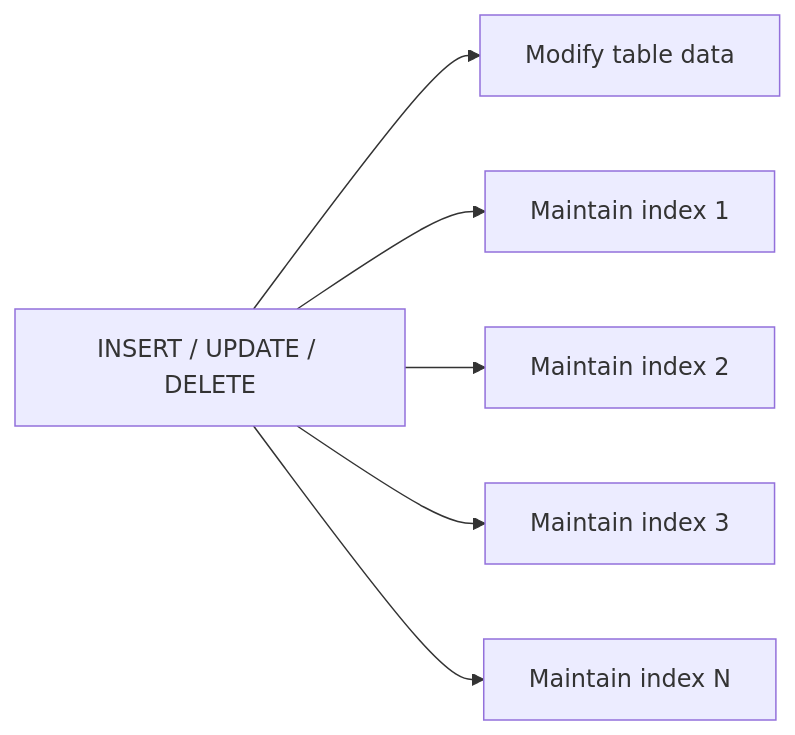
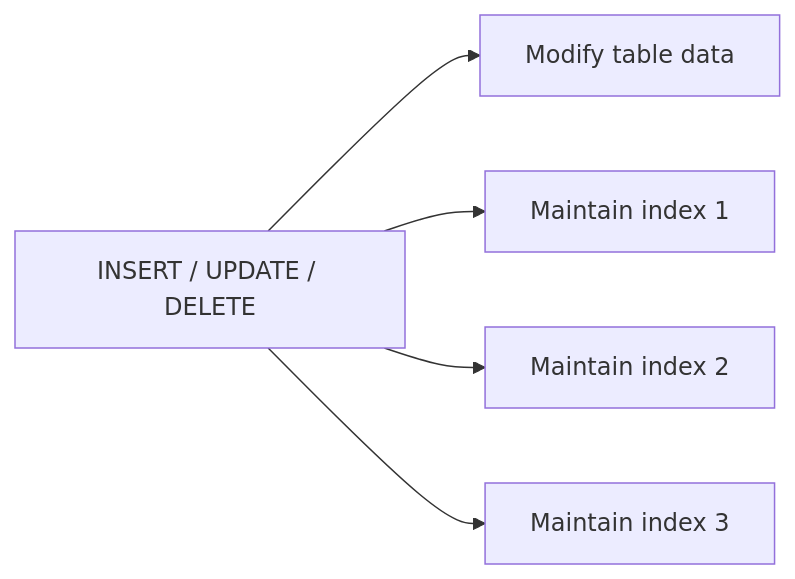
The fourth of 5 diagrams in src/content/databases/indexing-btree.md (AvadhBhalodiya/Interview-Preparation), drawn with Mermaid before and after one commit. The commit also changed other lines of this file and 80 other files, not shown here.

````diff
--- a/src/content/databases/indexing-btree.md
+++ b/src/content/databases/indexing-btree.md
@@ -405,8 +543,7 @@
 ```mermaid
 flowchart LR
-    W["INSERT / UPDATE / DELETE"] --> T["Modify table data"]
-    W --> I1["Maintain index 1"]
-    W --> I2["Maintain index 2"]
-    W --> I3["Maintain index 3"]
-    W --> IN["Maintain index N"]
+    W[INSERT / UPDATE / DELETE] --> T[Modify table data]
+    W --> I1[Maintain index 1]
+    W --> I2[Maintain index 2]
+    W --> I3[Maintain index 3]
 ```
````
